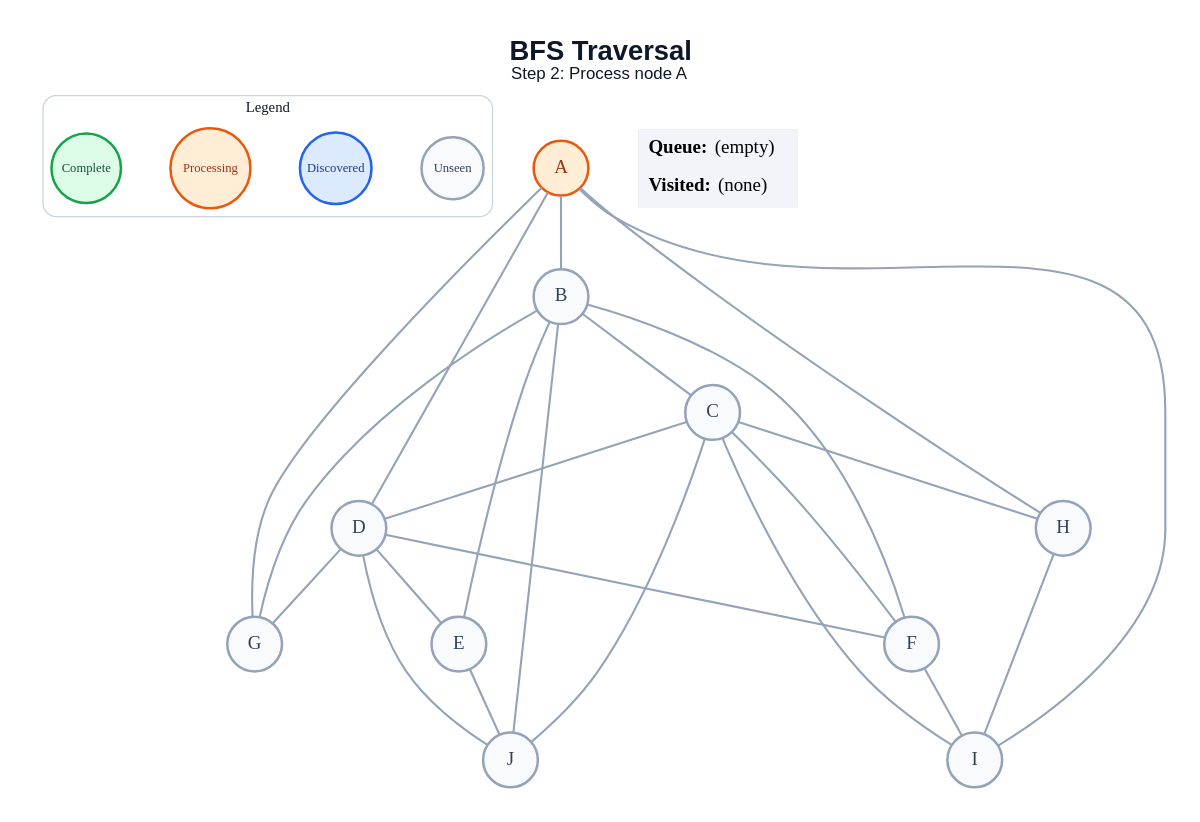
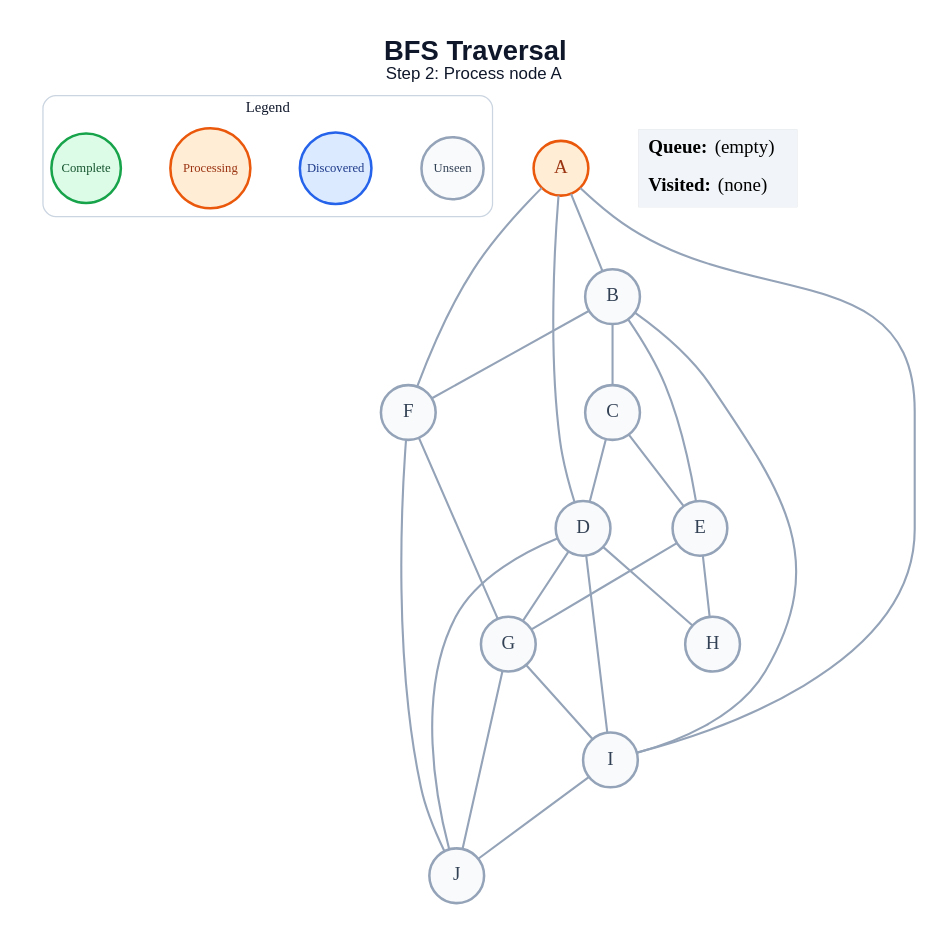
The diagram in generated/bfs/step_02.dot (amanghodawala9/ai-slop), drawn with Graphviz before and after one commit. The commit also changed 178 other files, not shown here.

```diff
--- a/generated/bfs/step_02.dot
+++ b/generated/bfs/step_02.dot
@@ -1,51 +1,50 @@
 graph traversal {
   graph [layout=dot, rankdir=TB, bgcolor="#FFFFFF", pad="0.35", nodesep="0.65", ranksep="0.8", fontname="Arial"];
   node [shape=circle, style="filled", fontname="Arial Bold", fontsize=18, width=0.72, fixedsize=true, penwidth=2.4];
   edge [color="#94A3B8", penwidth=2.0];
   label=<<B>BFS Traversal</B><BR/><FONT POINT-SIZE="16">Step 2: Process node A</FONT>>; labelloc="t"; fontsize=26; fontname="Arial"; fontcolor="#0F172A";
   subgraph cluster_legend { label="Legend"; color="#CBD5E1"; penwidth=1.2; style="rounded"; fontsize=14; fontname="Arial Bold";
     key_unseen [label="Unseen", fillcolor="#F8FAFC", color="#94A3B8", fontcolor="#334155", fontsize=12, width=0.82];
     key_frontier [label="Discovered", fillcolor="#DBEAFE", color="#2563EB", fontcolor="#1E3A8A", fontsize=12, width=0.95];
     key_current [label="Processing", fillcolor="#FFEDD5", color="#EA580C", fontcolor="#9A3412", fontsize=12, width=1.05];
     key_done [label="Complete", fillcolor="#DCFCE7", color="#16A34A", fontcolor="#14532D", fontsize=12, width=0.92];
     { rank=same; key_unseen; key_frontier; key_current; key_done; }
   }
   A [fillcolor="#FFEDD5", color="#EA580C", fontcolor="#9A3412"];
   B [fillcolor="#F8FAFC", color="#94A3B8", fontcolor="#334155"];
   C [fillcolor="#F8FAFC", color="#94A3B8", fontcolor="#334155"];
   D [fillcolor="#F8FAFC", color="#94A3B8", fontcolor="#334155"];
   E [fillcolor="#F8FAFC", color="#94A3B8", fontcolor="#334155"];
   F [fillcolor="#F8FAFC", color="#94A3B8", fontcolor="#334155"];
   G [fillcolor="#F8FAFC", color="#94A3B8", fontcolor="#334155"];
   H [fillcolor="#F8FAFC", color="#94A3B8", fontcolor="#334155"];
   I [fillcolor="#F8FAFC", color="#94A3B8", fontcolor="#334155"];
   J [fillcolor="#F8FAFC", color="#94A3B8", fontcolor="#334155"];
   A -- B;
   A -- D;
-  A -- G;
-  A -- H;
+  A -- F;
   A -- I;
   B -- C;
   B -- E;
   B -- F;
-  B -- G;
-  B -- J;
+  B -- I;
   C -- D;
-  C -- F;
-  C -- H;
-  C -- I;
-  C -- J;
-  D -- E;
-  D -- F;
+  C -- E;
   D -- G;
+  D -- H;
+  D -- I;
   D -- J;
-  E -- J;
-  F -- I;
-  H -- I;
+  E -- G;
+  E -- H;
+  F -- G;
+  F -- J;
+  G -- I;
+  G -- J;
+  I -- J;
   status [shape=plain, fixedsize=false, width=0, height=0, margin=0, label=<
     <TABLE BORDER="0" CELLBORDER="0" CELLPADDING="7" BGCOLOR="#F1F5F9">
       <TR><TD ALIGN="LEFT"><B>Queue:</B> (empty)</TD></TR>
       <TR><TD ALIGN="LEFT"><B>Visited:</B> (none)</TD></TR>
     </TABLE>
   >];
 }
```
